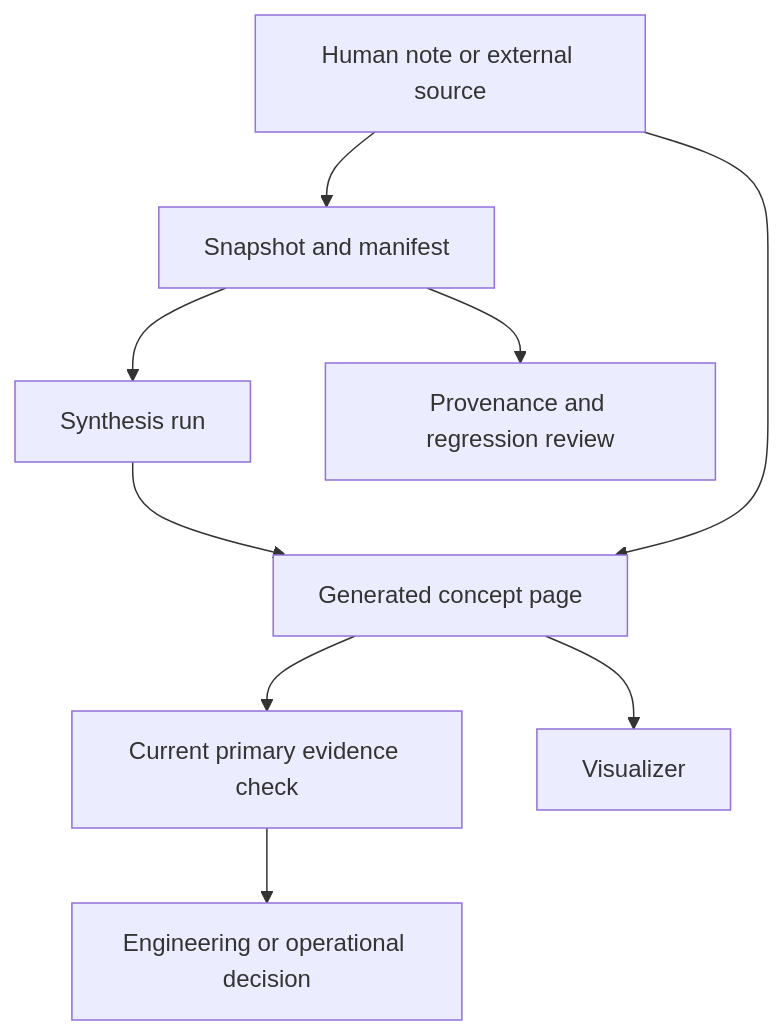
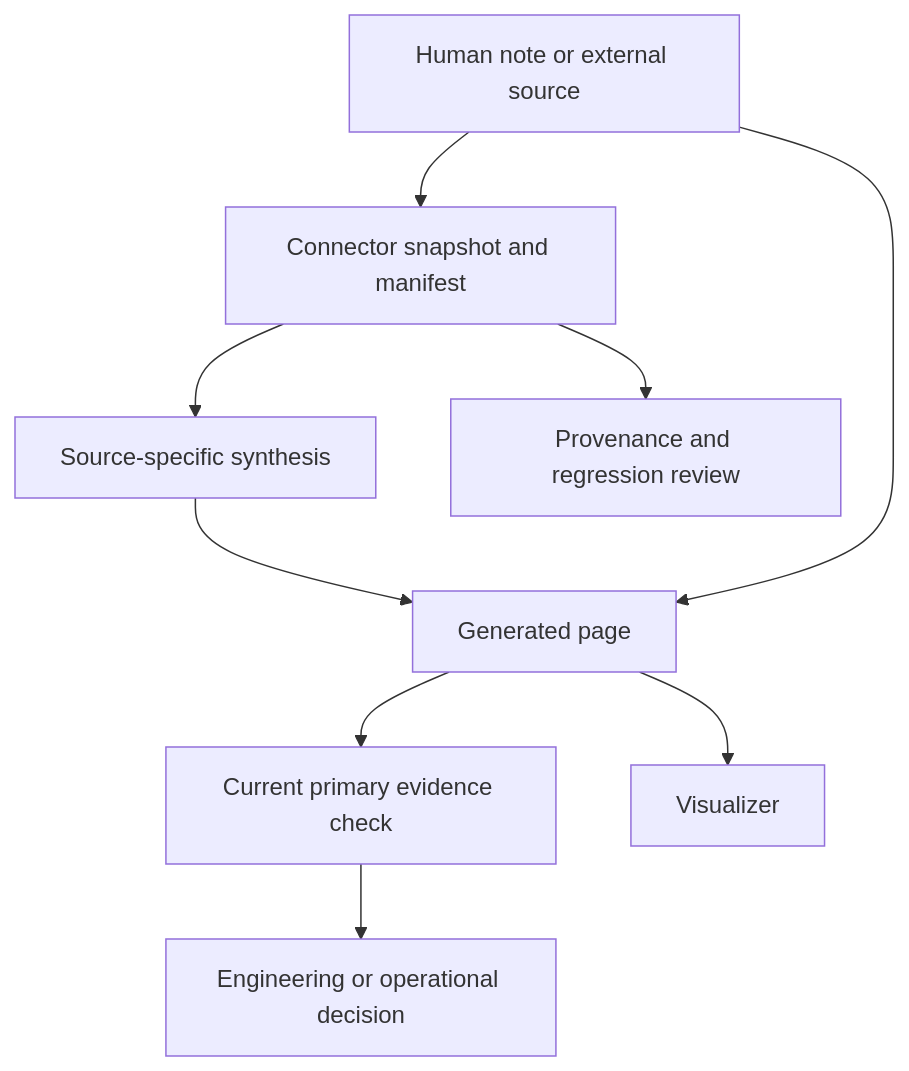
One commit to dima-koshman/skills changed the first of 2 diagrams in openwiki/operations/maintenance-and-provenance.md. Above: the diagram before and after it, drawn with Mermaid. The commit also changed other lines of this file and 15 other files, not shown here.

````diff
--- a/openwiki/operations/maintenance-and-provenance.md
+++ b/openwiki/operations/maintenance-and-provenance.md
@@ -36,11 +40,11 @@
 ```mermaid
 flowchart TD
-    Source["Human note or external source"] --> Capture["Snapshot and manifest"]
-    Capture --> Synthesis["Synthesis run"]
-    Synthesis --> Page["Generated concept page"]
+    Source["Human note or external source"] --> Capture["Connector snapshot and manifest"]
+    Capture --> Synthesis["Source-specific synthesis"]
+    Synthesis --> Page["Generated page"]
     Source --> Page
     Page --> Verify["Current primary evidence check"]
     Verify --> Decision["Engineering or operational decision"]
     Page --> Viewer["Visualizer"]
     Capture --> Audit["Provenance and regression review"]
 ```
````
